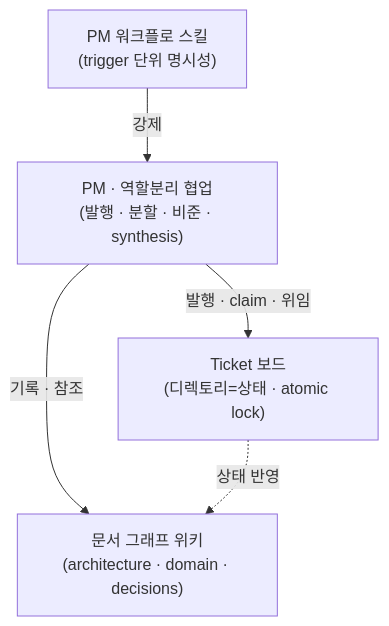
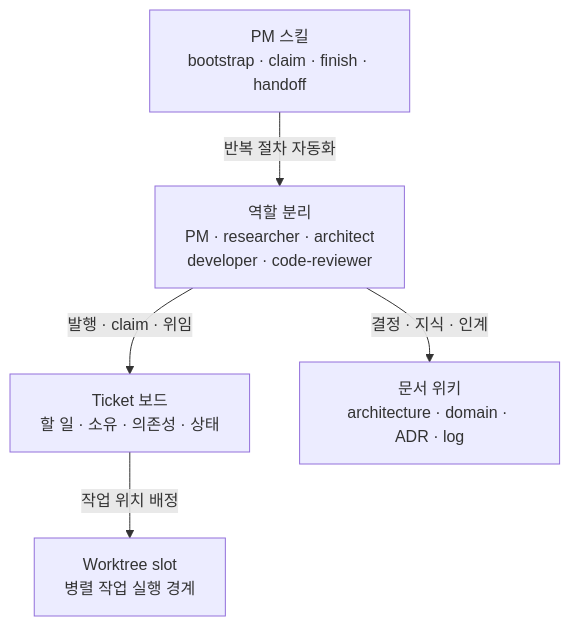
Before and after one commit to sumin-ahn/project_manager: the second of 12 diagrams in README.md, drawn with Mermaid. The commit also changed other lines of this file, not shown here.

````diff
--- a/README.md
+++ b/README.md
@@ -118,11 +69,13 @@
 ```mermaid
 flowchart TB
-    Skill["PM 워크플로 스킬<br/>(trigger 단위 명시성)"]
-    PM["PM · 역할분리 협업<br/>(발행 · 분할 · 비준 · synthesis)"]
-    Board["Ticket 보드<br/>(디렉토리=상태 · atomic lock)"]
-    Wiki["문서 그래프 위키<br/>(architecture · domain · decisions)"]
-    Skill -->|강제| PM
+    Skills["PM 스킬<br/>bootstrap · claim · finish · handoff"]
+    PM["역할 분리<br/>PM · researcher · architect<br/>developer · code-reviewer"]
+    Board["Ticket 보드<br/>할 일 · 소유 · 의존성 · 상태"]
+    Wiki["문서 위키<br/>architecture · domain · ADR · log"]
+    Slots["Worktree slot<br/>병렬 작업 실행 경계"]
+
+    Skills -->|반복 절차 자동화| PM
     PM -->|발행 · claim · 위임| Board
-    PM -->|기록 · 참조| Wiki
-    Board -. 상태 반영 .-> Wiki
+    PM -->|결정 · 지식 · 인계| Wiki
+    Board -->|작업 위치 배정| Slots
 ```
````
